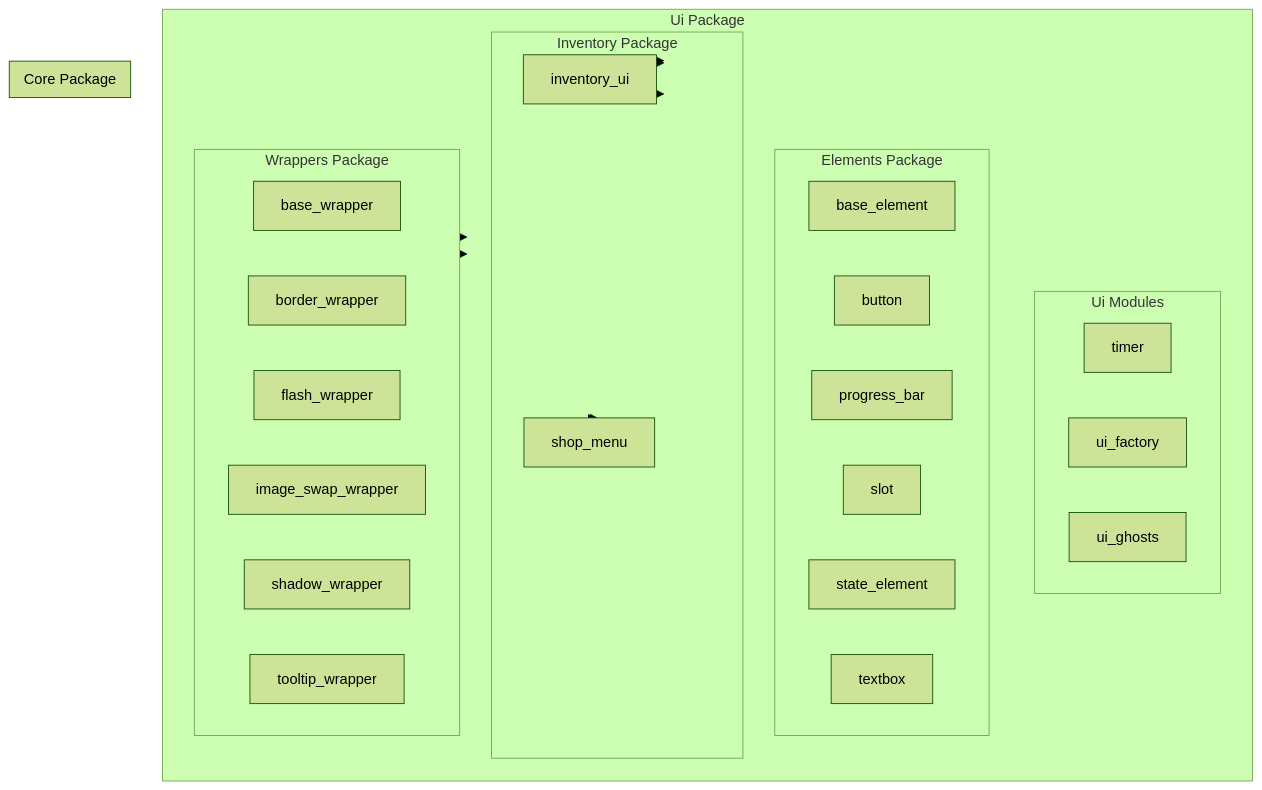
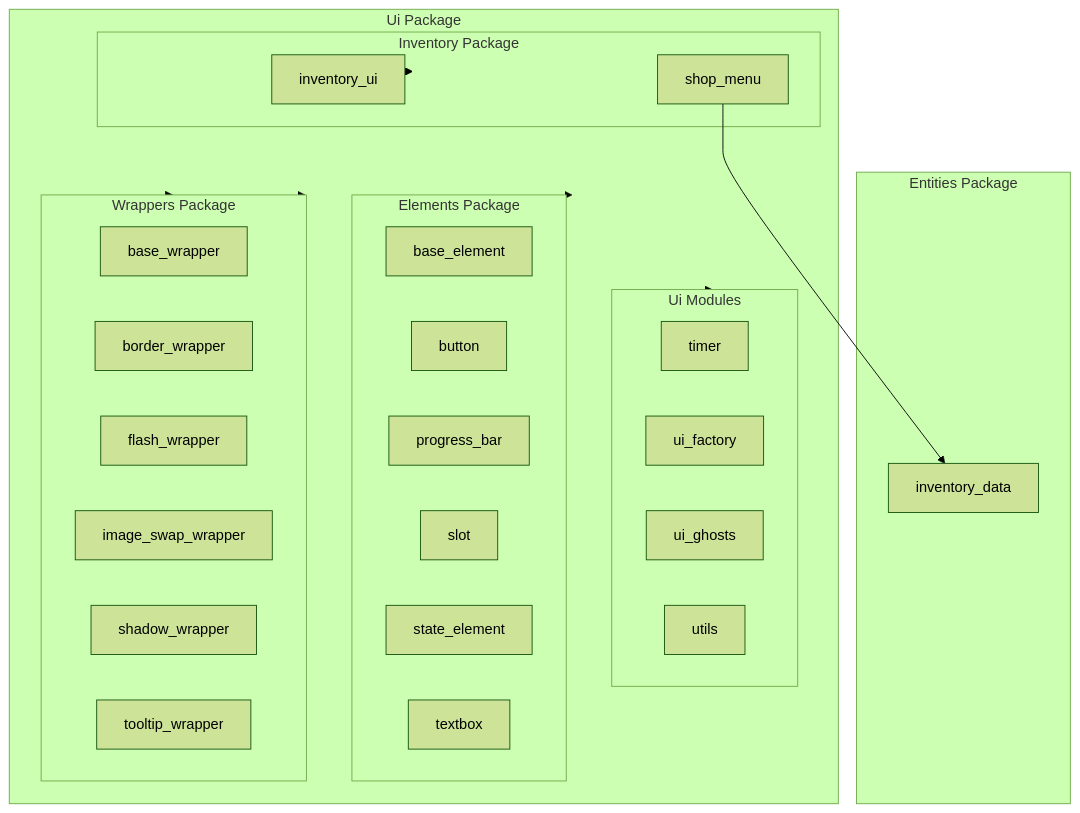
Before and after one commit to FlamboyantKiwi/Python-Plant-Sim: the diagram in diagrams/packages/package_ui.mmd, drawn with Mermaid (forest theme). The commit also changed 98 other files, not shown here.

```diff
--- a/diagrams/packages/package_ui.mmd
+++ b/diagrams/packages/package_ui.mmd
@@ -1,45 +1,44 @@
 flowchart TB
     direction TB
 
     subgraph ui [Ui Package]
         subgraph ui_files [Ui Modules]
             timer
             ui_factory
             ui_ghosts
+            utils
         end
         subgraph elements [Elements Package]
             base_element
             button
             progress_bar
             slot
             state_element
             textbox
         end
         subgraph inventory [Inventory Package]
             inventory_ui
             shop_menu
         end
         subgraph wrappers [Wrappers Package]
             base_wrapper
             border_wrapper
             flash_wrapper
             image_swap_wrapper
             shadow_wrapper
             tooltip_wrapper
         end
     end
-    subgraph core [Core Package]
-        inventory
+    subgraph entities [Entities Package]
+        inventory_data
     end
 
     %% Structural & Dependency Links
     ui --> elements
     ui --> elements
     ui --> inventory
     ui --> inventory
     ui --> ui_files
     ui --> wrappers
     ui --> wrappers
-    inventory --> inventory_ui
-    inventory --> shop_menu
-    shop_menu --> inventory
+    shop_menu --> inventory_data
```
